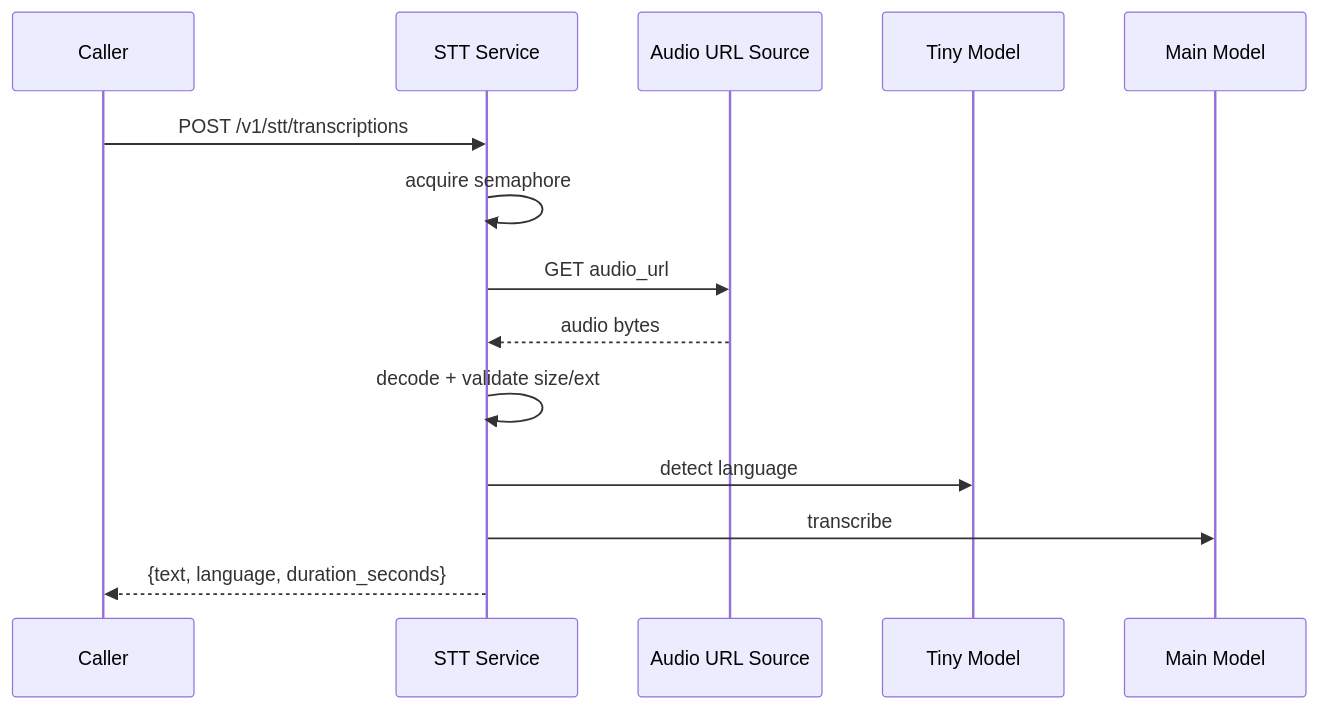
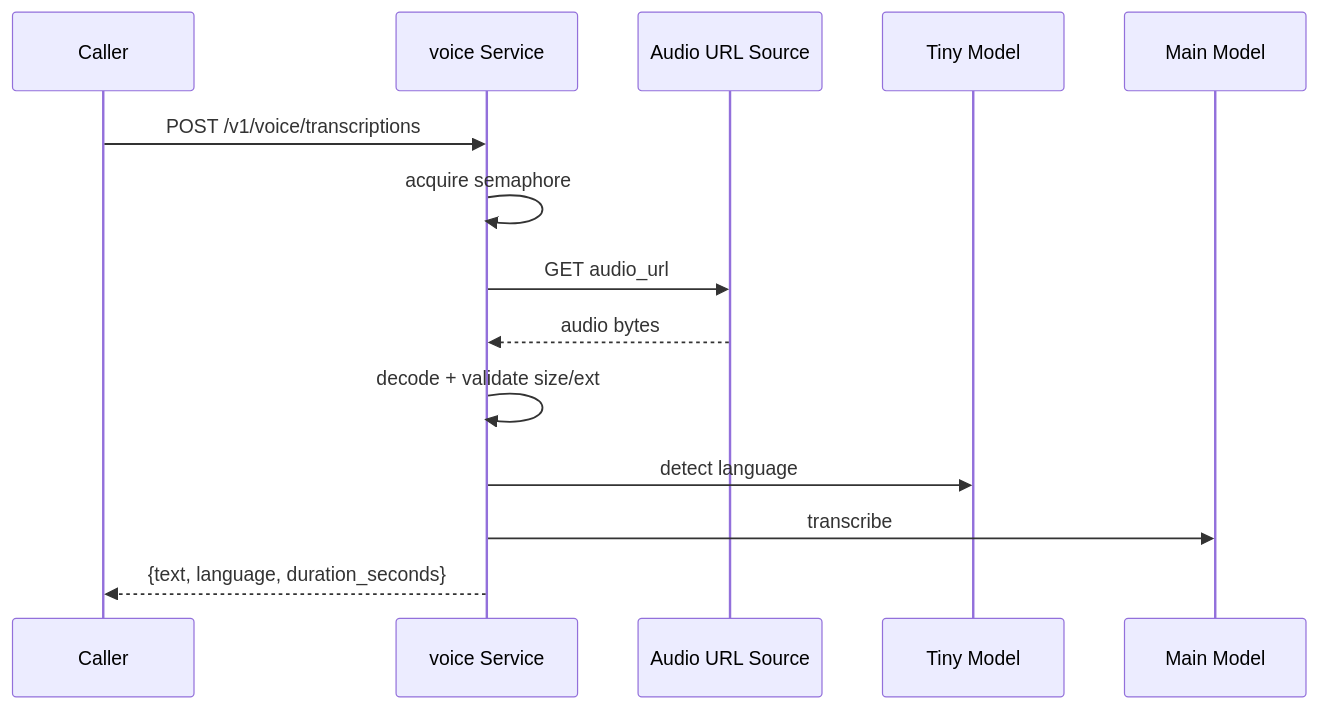
Before and after one commit to KlaiAhmed/KidsMind: the third of 3 diagrams in Services/voice/README.md, drawn with Mermaid. The commit also changed other lines of this file and 4 other files, not shown here.

Commit message:
docs: update stt references to voice across README files

````diff
--- a/Services/voice/README.md
+++ b/Services/voice/README.md
@@ -176,17 +176,17 @@
 ```mermaid
 sequenceDiagram
     participant C as Caller
-    participant API as STT Service
+    participant API as voice Service
     participant SRC as Audio URL Source
     participant T as Tiny Model
     participant M as Main Model
 
-    C->>API: POST /v1/stt/transcriptions
+    C->>API: POST /v1/voice/transcriptions
     API->>API: acquire semaphore
     API->>SRC: GET audio_url
     SRC-->>API: audio bytes
     API->>API: decode + validate size/ext
     API->>T: detect language
     API->>M: transcribe
     API-->>C: {text, language, duration_seconds}
 ```
````
